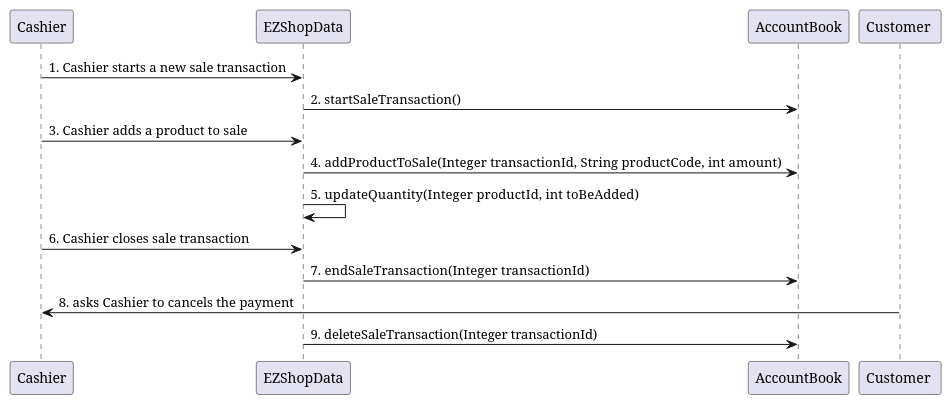
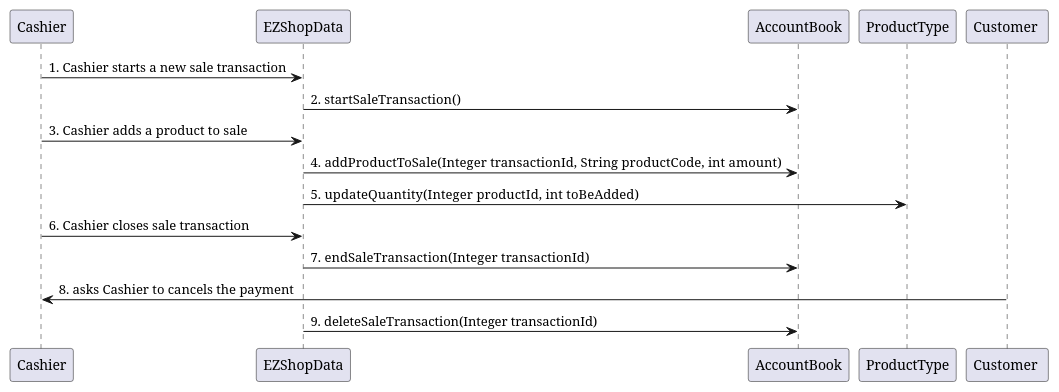
Before and after one commit to djemar/softeng_ezshop: diagram 21 of 31 in Deliverables/DesignDocument.md, drawn with PlantUML. The commit also changed other lines of this file, not shown here.

Commit message:
sequence diagram

````diff
--- a/Deliverables/DesignDocument.md
+++ b/Deliverables/DesignDocument.md
@@ -456,12 +462,12 @@
 ```plantuml
 "Cashier" -> "EZShopData" : 1. Cashier starts a new sale transaction
 "EZShopData" -> "AccountBook" : 2.  startSaleTransaction()
 "Cashier" -> "EZShopData" : 3. Cashier adds a product to sale
 "EZShopData" -> "AccountBook" : 4.   addProductToSale(Integer transactionId, String productCode, int amount)
-"EZShopData" -> "EZShopData" : 5.   updateQuantity(Integer productId, int toBeAdded)
+"EZShopData" -> "ProductType" : 5.   updateQuantity(Integer productId, int toBeAdded)
 "Cashier" -> "EZShopData" : 6. Cashier closes sale transaction
 "EZShopData" -> "AccountBook" : 7.   endSaleTransaction(Integer transactionId)
 "Customer "-> "Cashier" : 8. asks Cashier to cancels the payment
 "EZShopData" -> "AccountBook" : 9. deleteSaleTransaction(Integer transactionId)
 
 ```
````
